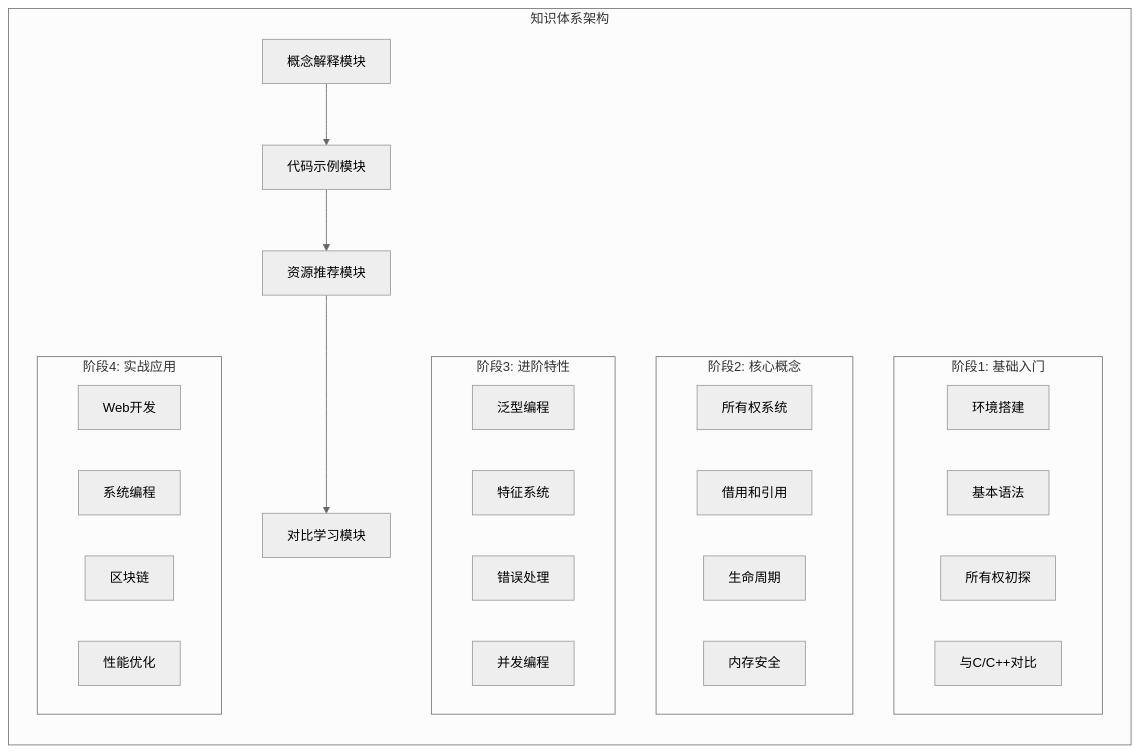
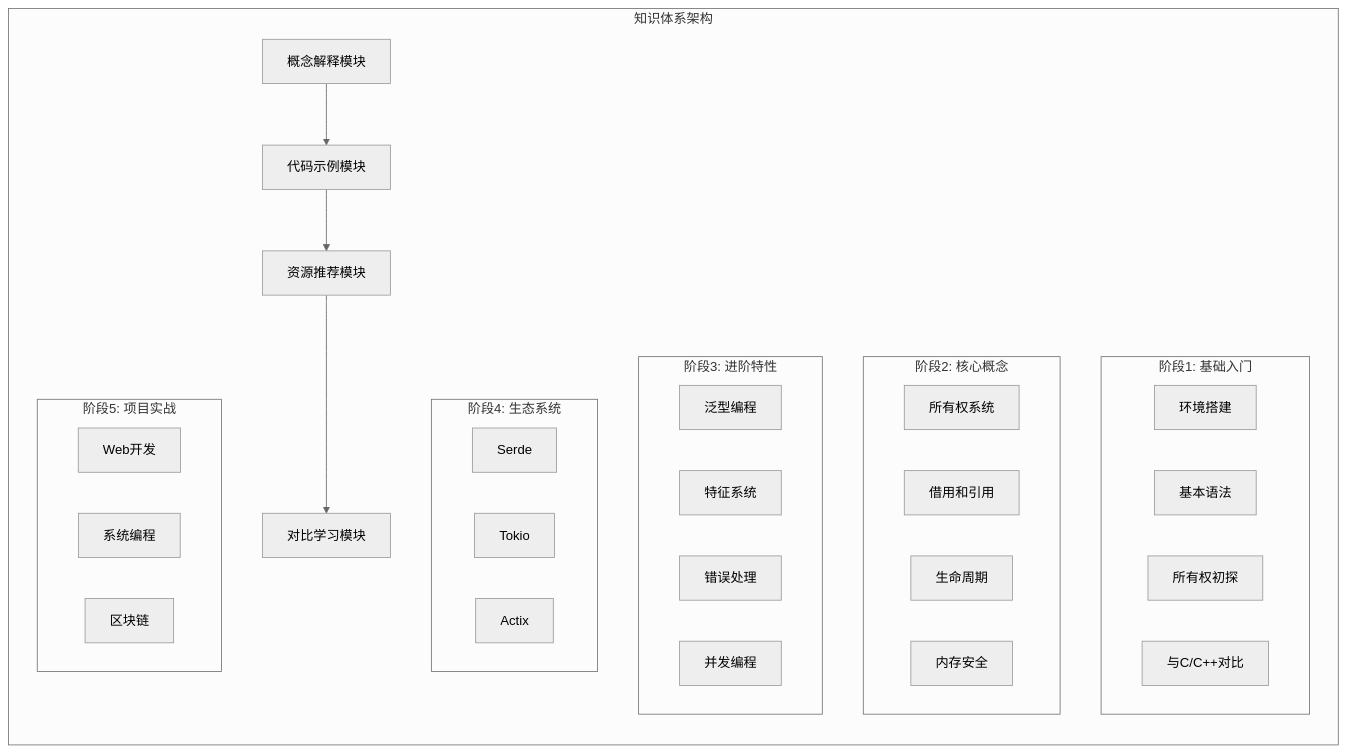
Before and after one commit to lgon528/rust-learning: the second of 4 diagrams in docs/rust-learning-plan/DESIGN_rust-learning-plan.md, drawn with Mermaid (neutral theme). The commit also changed other lines of this file and 147 other files, not shown here.

````diff
--- a/docs/rust-learning-plan/DESIGN_rust-learning-plan.md
+++ b/docs/rust-learning-plan/DESIGN_rust-learning-plan.md
@@ -61,36 +63,41 @@
 ```mermaid
 graph LR
     subgraph "知识体系架构"
         A1["概念解释模块"] --> A2["代码示例模块"]
         A2 --> A3["资源推荐模块"]
         A3 --> A4["对比学习模块"]
         
         subgraph "阶段1: 基础入门"
             B1["环境搭建"]
             B2["基本语法"]
             B3["所有权初探"]
             B4["与C/C++对比"]
         end
         
         subgraph "阶段2: 核心概念"
             C1["所有权系统"]
             C2["借用和引用"]
             C3["生命周期"]
             C4["内存安全"]
         end
         
         subgraph "阶段3: 进阶特性"
             D1["泛型编程"]
             D2["特征系统"]
             D3["错误处理"]
             D4["并发编程"]
         end
         
-        subgraph "阶段4: 实战应用"
-            E1["Web开发"]
-            E2["系统编程"]
-            E3["区块链"]
-            E4["性能优化"]
+        subgraph "阶段4: 生态系统"
+            E1["Serde"]
+            E2["Tokio"]
+            E3["Actix"]
+        end
+
+        subgraph "阶段5: 项目实战"
+            F1["Web开发"]
+            F2["系统编程"]
+            F3["区块链"]
         end
     end
 ```
````
